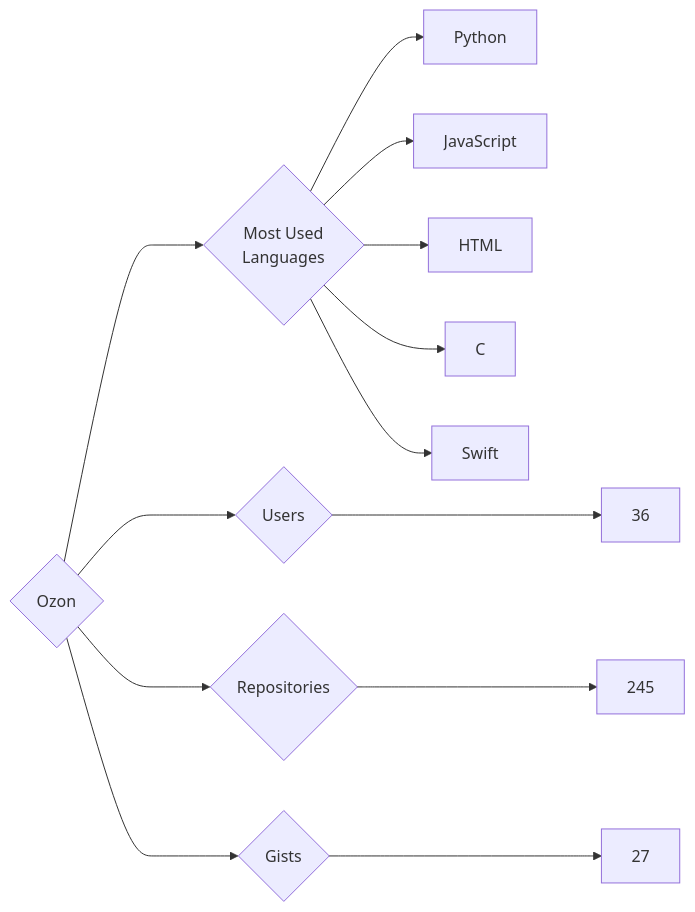
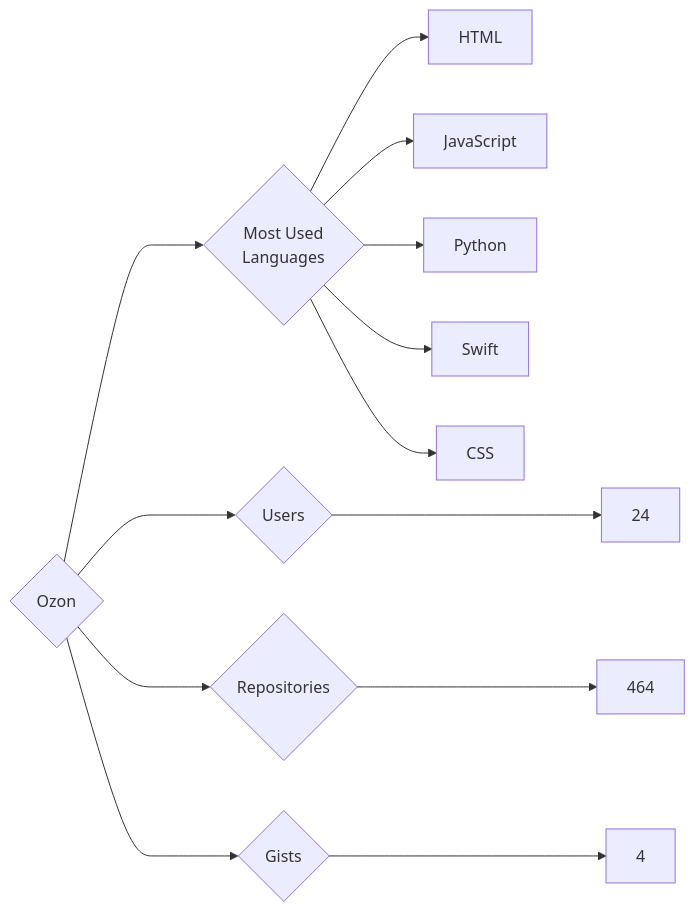
The diagram in targets/Ozon/README.md (trickest/insiders), drawn with Mermaid before and after one commit. The commit also changed 953 other files, not shown here.

````diff
--- a/targets/Ozon/README.md
+++ b/targets/Ozon/README.md
@@ -3,13 +3,13 @@
 ```mermaid
 graph LR
 COMPANY_NAME{Ozon}
-COMPANY_NAME ---> U{Users} ---> UN[36]
-COMPANY_NAME ---> R{Repositories} ---> RN[245]
-COMPANY_NAME ---> G{Gists} ---> GN[27]
+COMPANY_NAME ---> U{Users} ---> UN[24]
+COMPANY_NAME ---> R{Repositories} ---> RN[464]
+COMPANY_NAME ---> G{Gists} ---> GN[4]
 COMPANY_NAME ---> ML{Most Used<br>Languages}
+ML --> HTML[HTML]
+ML --> JavaScript[JavaScript]
 ML --> Python[Python]
-ML --> JavaScript[JavaScript]
-ML --> HTML[HTML]
-ML --> C[C]
 ML --> Swift[Swift]
+ML --> CSS[CSS]
 ```
````
